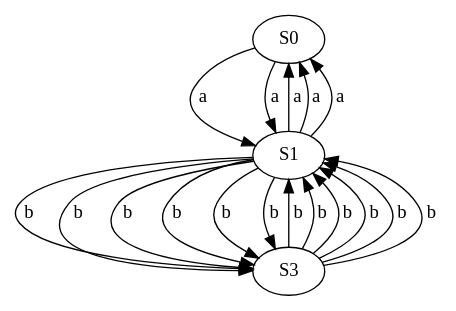
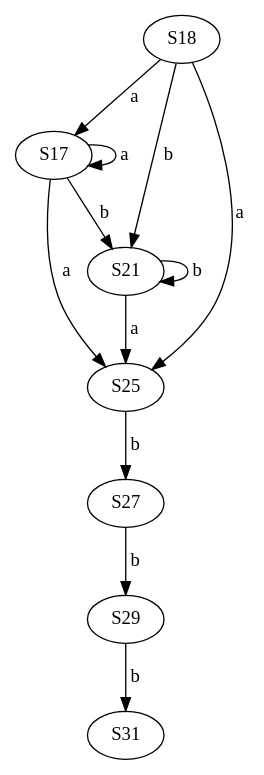
One commit to MaximeBonnet27/EGrep changed the diagram in test.dot. Above: the diagram before and after it, drawn with Graphviz. The commit also changed 9 other files, not shown here.

```diff
--- a/test.dot
+++ b/test.dot
@@ -1,19 +1,13 @@
 digraph automate{
-size="8,10";S0 -> S1[color=black, style=solid, label="a "];
-S1 -> S3[color=black, style=solid, label="b "];
-S1 -> S3[color=black, style=solid, label="b "];
-S1 -> S0[color=black, style=solid, label="a "];
-S3 -> S1[color=black, style=solid, label="b "];
-S3 -> S1[color=black, style=solid, label="b "];
-S3 -> S1[color=black, style=solid, label="b "];
-S0 -> S1[color=black, style=solid, label="a "];
-S3 -> S1[color=black, style=solid, label="b "];
-S3 -> S1[color=black, style=solid, label="b "];
-S3 -> S1[color=black, style=solid, label="b "];
-S1 -> S3[color=black, style=solid, label="b "];
-S1 -> S3[color=black, style=solid, label="b "];
-S1 -> S0[color=black, style=solid, label="a "];
-S1 -> S3[color=black, style=solid, label="b "];
-S1 -> S3[color=black, style=solid, label="b "];
-S1 -> S0[color=black, style=solid, label="a "];
+size="8,10";S17 -> S17[color=black, style=solid, label="a "];
+S17 -> S21[color=black, style=solid, label="b "];
+S17 -> S25[color=black, style=solid, label="a "];
+S18 -> S17[color=black, style=solid, label="a "];
+S18 -> S21[color=black, style=solid, label="b "];
+S18 -> S25[color=black, style=solid, label="a "];
+S21 -> S21[color=black, style=solid, label="b "];
+S21 -> S25[color=black, style=solid, label="a "];
+S25 -> S27[color=black, style=solid, label="b "];
+S27 -> S29[color=black, style=solid, label="b "];
+S29 -> S31[color=black, style=solid, label="b "];
 }
```
